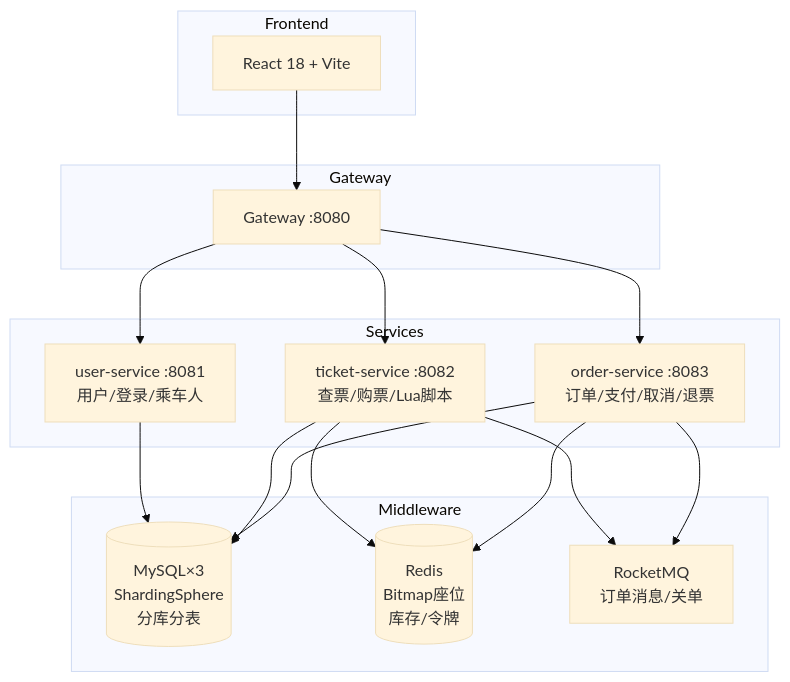
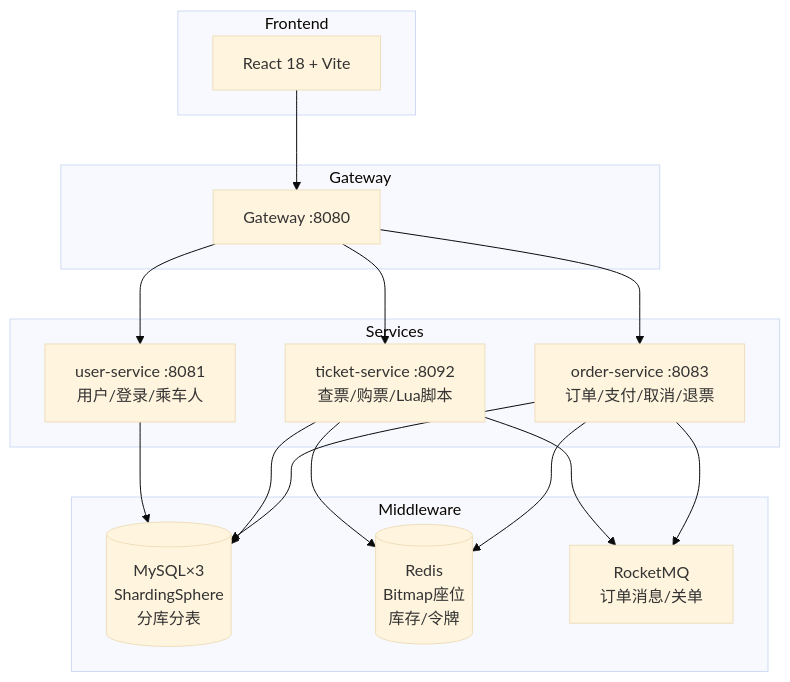
Before and after one commit to niki-longevity/12306: the first of 2 diagrams in README.md, drawn with Mermaid (base theme). The commit also changed other lines of this file and 25 other files, not shown here.

````diff
--- a/README.md
+++ b/README.md
@@ -11,34 +13,34 @@
 ```mermaid
 graph TD
     subgraph Frontend
         React[React 18 + Vite]
     end
 
     subgraph Gateway
         GW[Gateway :8080]
     end
 
     subgraph Services
         User[user-service :8081<br/>用户/登录/乘车人]
-        Ticket[ticket-service :8082<br/>查票/购票/Lua脚本]
+        Ticket[ticket-service :8092<br/>查票/购票/Lua脚本]
         Order[order-service :8083<br/>订单/支付/取消/退票]
     end
 
     subgraph Middleware
         MySQL[(MySQL×3<br/>ShardingSphere<br/>分库分表)]
         Redis[(Redis<br/>Bitmap座位<br/>库存/令牌)]
         RocketMQ[RocketMQ<br/>订单消息/关单]
     end
 
     React --> GW
     GW --> User
     GW --> Ticket
     GW --> Order
     Ticket --> RocketMQ
     Order --> RocketMQ
     User --> MySQL
     Ticket --> MySQL
     Ticket --> Redis
     Order --> MySQL
     Order --> Redis
 ```
````
